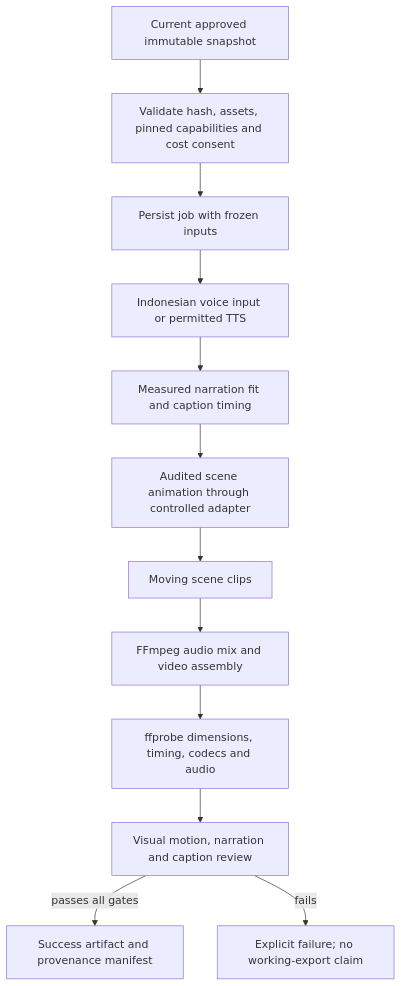
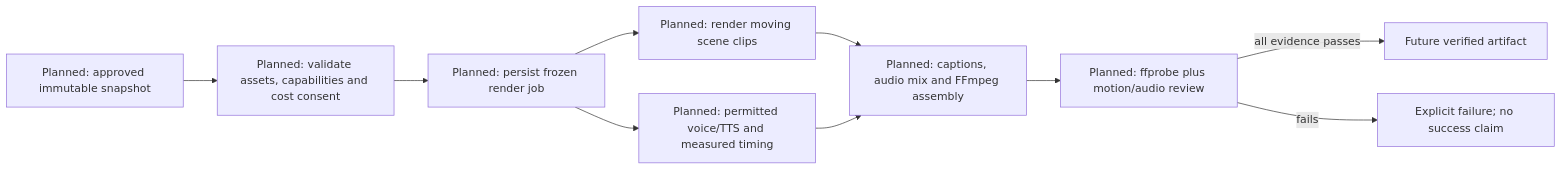
One commit to RahmatHadinata23758051/Scenivox changed the sixth of 6 diagrams in README.md. Above: the diagram before and after it, drawn with Mermaid. The commit also changed other lines of this file and 14 other files, not shown here.

````diff
--- a/README.md
+++ b/README.md
@@ -160,14 +148,12 @@
 ```mermaid
-flowchart TD
-    Snapshot[Current approved immutable snapshot] --> Gate[Validate hash, assets, pinned capabilities and cost consent]
-    Gate --> Job[Persist job with frozen inputs]
-    Job --> Voice[Indonesian voice input or permitted TTS]
-    Voice --> Timing[Measured narration fit and caption timing]
-    Timing --> Animation[Audited scene animation through controlled adapter]
-    Animation --> Frames[Moving scene clips]
-    Frames --> Mix[FFmpeg audio mix and video assembly]
-    Mix --> Probe[ffprobe dimensions, timing, codecs and audio]
-    Probe --> Human[Visual motion, narration and caption review]
-    Human -->|passes all gates| Success[Success artifact and provenance manifest]
-    Human -->|fails| Failure[Explicit failure; no working-export claim]
+flowchart LR
+    APPROVED[Planned: approved immutable snapshot] --> GATE[Planned: validate assets, capabilities and cost consent]
+    GATE --> JOB[Planned: persist frozen render job]
+    JOB --> SCENES[Planned: render moving scene clips]
+    JOB --> VOICE[Planned: permitted voice/TTS and measured timing]
+    SCENES --> ASSEMBLE[Planned: captions, audio mix and FFmpeg assembly]
+    VOICE --> ASSEMBLE
+    ASSEMBLE --> PROBE[Planned: ffprobe plus motion/audio review]
+    PROBE -->|all evidence passes| OUTPUT[Future verified artifact]
+    PROBE -->|fails| FAILURE[Explicit failure; no success claim]
 ```
````
